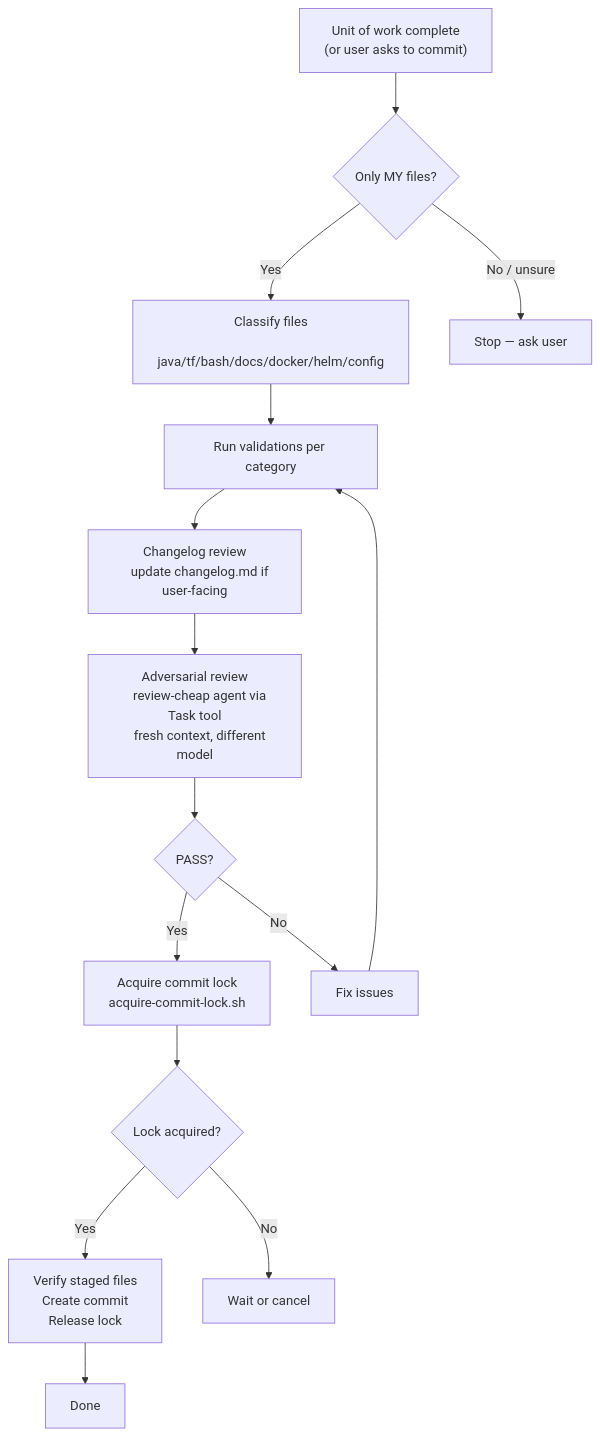
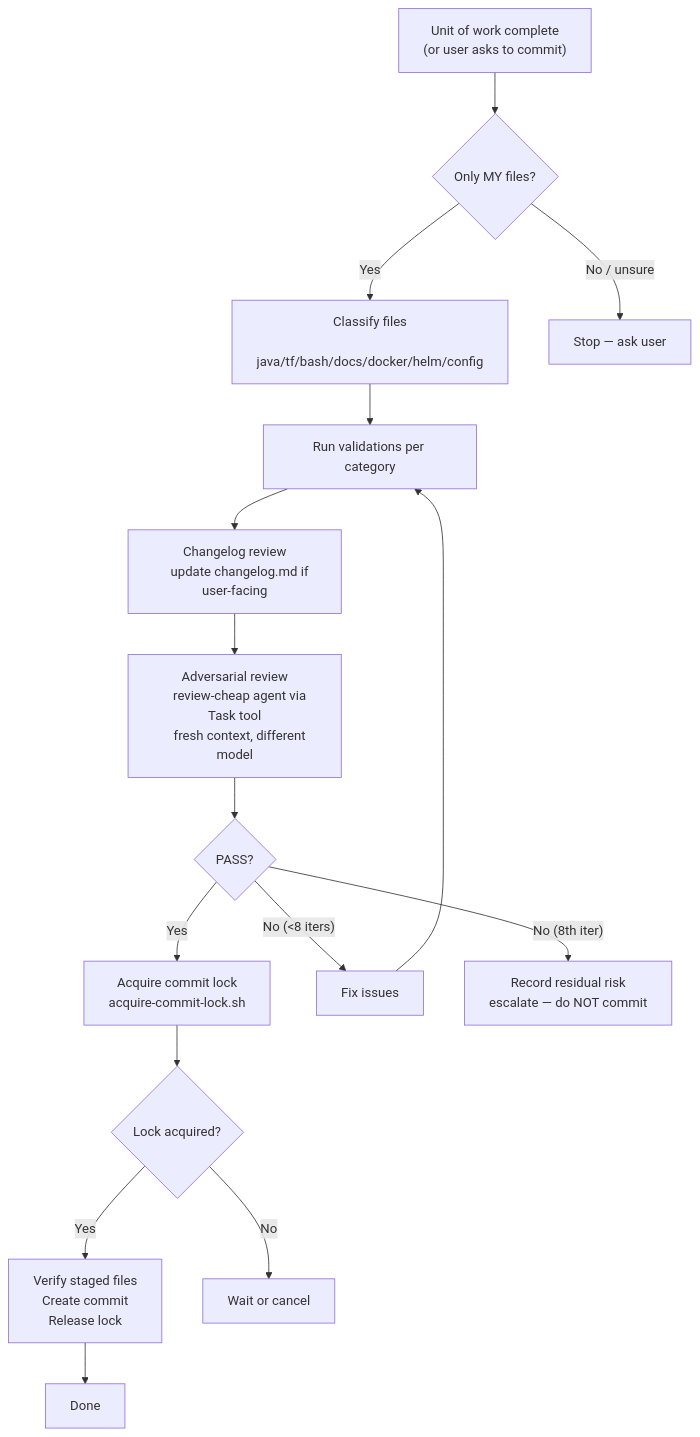
The diagram in .opencode/rules/commit-workflow.md (sean8601/mockserver-monorepo), drawn with Mermaid before and after one commit. The commit also changed other lines of this file and 2 other files, not shown here.

Commit message:
docs(opencode): bound the adversarial-review loop at 8 iterations
Encode the spec's review iteration protocol (§14.5): the review loop
terminates at convergence (PASS) OR a hard cap of 8 iterations. At the cap
without a PASS, do not commit — record the unresolved residual risk
explicitly and escalate, never reintegrate as if converged.

- review-constitution.md: new Iteration Protocol section (authoritative);
  defines one iteration, the disposition rule (user approval above MINOR),
  re-verify-after-change, the cap, and the residual-risk recording target.
- commit-workflow.md Step 4 + operating-model.md TL;DR/Review row + both
  Mermaid flows reference the cap and its do-not-commit/escalate branch.

````diff
--- a/.opencode/rules/commit-workflow.md
+++ b/.opencode/rules/commit-workflow.md
@@ -212,24 +212,26 @@
 ```mermaid
 flowchart TD
     A["Unit of work complete
     (or user asks to commit)"] --> B{Only MY files?}
     B -->|Yes| C["Classify files
     java/tf/bash/docs/docker/helm/config"]
     B -->|No / unsure| STOP["Stop — ask user"]
     C --> D["Run validations per category"]
     D --> CL["Changelog review
     update changelog.md if user-facing"]
     CL --> E["Adversarial review
     review-cheap agent via Task tool
     fresh context, different model"]
     E --> F{PASS?}
     F -->|Yes| G["Acquire commit lock
     acquire-commit-lock.sh"]
-    F -->|No| H["Fix issues"] --> D
+    F -->|"No (<8 iters)"| H["Fix issues"] --> D
+    F -->|"No (8th iter)"| CAP["Record residual risk
+    escalate — do NOT commit"]
     G --> I{Lock acquired?}
     I -->|Yes| J["Verify staged files
     Create commit
     Release lock"]
     I -->|No| WAIT["Wait or cancel"]
     J --> DONE["Done"]
 ```
````
